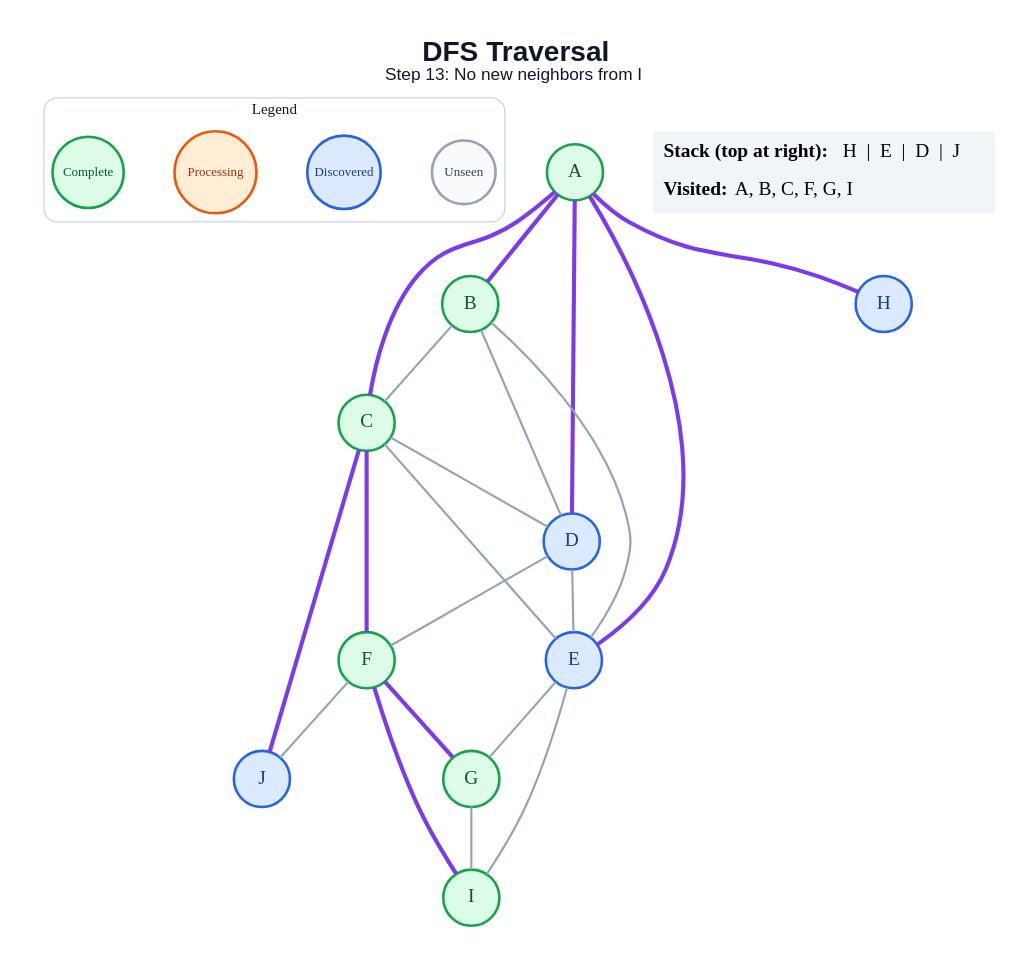
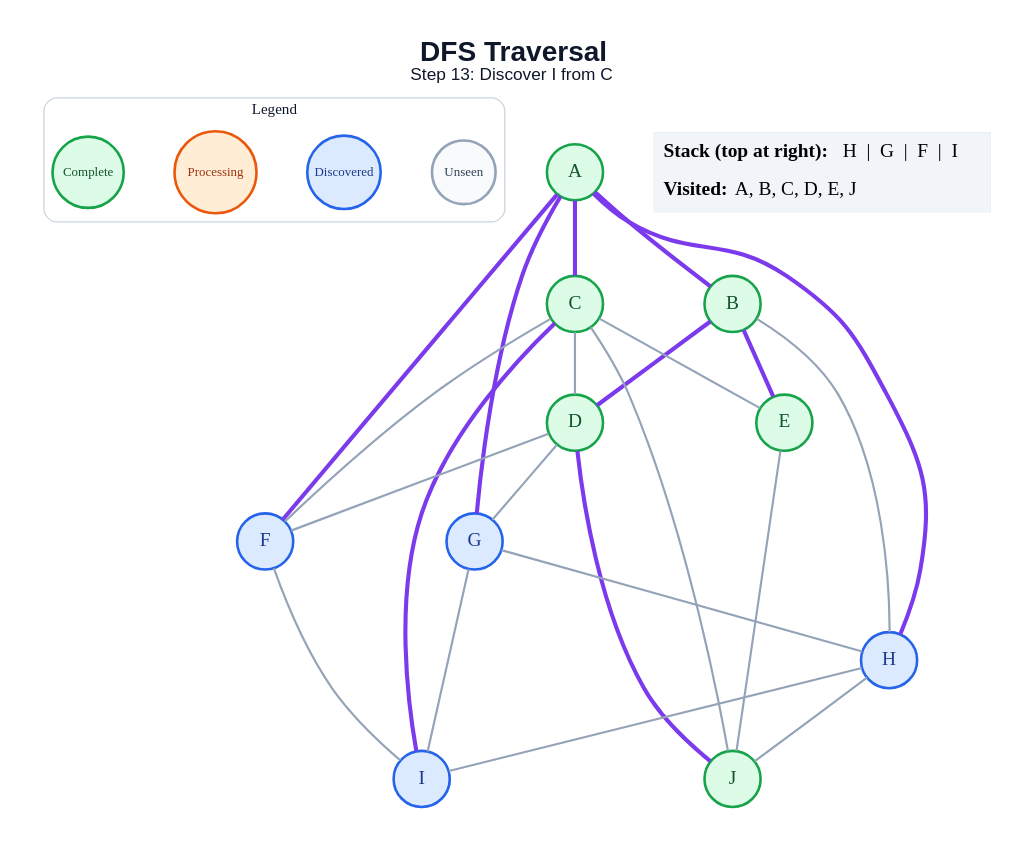
One commit to amanghodawala9/ai-slop changed the diagram in generated/dfs/step_13.dot. Above: the diagram before and after it, drawn with Graphviz. The commit also changed 178 other files, not shown here.

```diff
--- a/generated/dfs/step_13.dot
+++ b/generated/dfs/step_13.dot
@@ -1,49 +1,51 @@
 graph traversal {
   graph [layout=dot, rankdir=TB, bgcolor="#FFFFFF", pad="0.35", nodesep="0.65", ranksep="0.8", fontname="Arial"];
   node [shape=circle, style="filled", fontname="Arial Bold", fontsize=18, width=0.72, fixedsize=true, penwidth=2.4];
   edge [color="#94A3B8", penwidth=2.0];
-  label=<<B>DFS Traversal</B><BR/><FONT POINT-SIZE="16">Step 13: No new neighbors from I</FONT>>; labelloc="t"; fontsize=26; fontname="Arial"; fontcolor="#0F172A";
+  label=<<B>DFS Traversal</B><BR/><FONT POINT-SIZE="16">Step 13: Discover I from C</FONT>>; labelloc="t"; fontsize=26; fontname="Arial"; fontcolor="#0F172A";
   subgraph cluster_legend { label="Legend"; color="#CBD5E1"; penwidth=1.2; style="rounded"; fontsize=14; fontname="Arial Bold";
     key_unseen [label="Unseen", fillcolor="#F8FAFC", color="#94A3B8", fontcolor="#334155", fontsize=12, width=0.82];
     key_frontier [label="Discovered", fillcolor="#DBEAFE", color="#2563EB", fontcolor="#1E3A8A", fontsize=12, width=0.95];
     key_current [label="Processing", fillcolor="#FFEDD5", color="#EA580C", fontcolor="#9A3412", fontsize=12, width=1.05];
     key_done [label="Complete", fillcolor="#DCFCE7", color="#16A34A", fontcolor="#14532D", fontsize=12, width=0.92];
     { rank=same; key_unseen; key_frontier; key_current; key_done; }
   }
   A [fillcolor="#DCFCE7", color="#16A34A", fontcolor="#14532D"];
   B [fillcolor="#DCFCE7", color="#16A34A", fontcolor="#14532D"];
   C [fillcolor="#DCFCE7", color="#16A34A", fontcolor="#14532D"];
-  D [fillcolor="#DBEAFE", color="#2563EB", fontcolor="#1E3A8A"];
-  E [fillcolor="#DBEAFE", color="#2563EB", fontcolor="#1E3A8A"];
-  F [fillcolor="#DCFCE7", color="#16A34A", fontcolor="#14532D"];
-  G [fillcolor="#DCFCE7", color="#16A34A", fontcolor="#14532D"];
+  D [fillcolor="#DCFCE7", color="#16A34A", fontcolor="#14532D"];
+  E [fillcolor="#DCFCE7", color="#16A34A", fontcolor="#14532D"];
+  F [fillcolor="#DBEAFE", color="#2563EB", fontcolor="#1E3A8A"];
+  G [fillcolor="#DBEAFE", color="#2563EB", fontcolor="#1E3A8A"];
   H [fillcolor="#DBEAFE", color="#2563EB", fontcolor="#1E3A8A"];
-  I [fillcolor="#DCFCE7", color="#16A34A", fontcolor="#14532D"];
-  J [fillcolor="#DBEAFE", color="#2563EB", fontcolor="#1E3A8A"];
+  I [fillcolor="#DBEAFE", color="#2563EB", fontcolor="#1E3A8A"];
+  J [fillcolor="#DCFCE7", color="#16A34A", fontcolor="#14532D"];
   A -- B [color="#7C3AED", penwidth=3.8];
   A -- C [color="#7C3AED", penwidth=3.8];
-  A -- D [color="#7C3AED", penwidth=3.8];
-  A -- E [color="#7C3AED", penwidth=3.8];
+  A -- F [color="#7C3AED", penwidth=3.8];
+  A -- G [color="#7C3AED", penwidth=3.8];
   A -- H [color="#7C3AED", penwidth=3.8];
-  B -- C;
-  B -- D;
-  B -- E;
+  B -- D [color="#7C3AED", penwidth=3.8];
+  B -- E [color="#7C3AED", penwidth=3.8];
+  B -- H;
   C -- D;
   C -- E;
-  C -- F [color="#7C3AED", penwidth=3.8];
-  C -- J [color="#7C3AED", penwidth=3.8];
-  D -- E;
+  C -- F;
+  C -- I [color="#7C3AED", penwidth=3.8];
+  C -- J;
   D -- F;
-  E -- G;
-  E -- I;
-  F -- G [color="#7C3AED", penwidth=3.8];
-  F -- I [color="#7C3AED", penwidth=3.8];
-  F -- J;
+  D -- G;
+  D -- J [color="#7C3AED", penwidth=3.8];
+  E -- J;
+  F -- I;
+  G -- H;
   G -- I;
+  H -- I;
+  H -- J;
   status [shape=plain, fixedsize=false, width=0, height=0, margin=0, label=<
     <TABLE BORDER="0" CELLBORDER="0" CELLPADDING="7" BGCOLOR="#F1F5F9">
-      <TR><TD ALIGN="LEFT"><B>Stack (top at right):</B> H  |  E  |  D  |  J</TD></TR>
-      <TR><TD ALIGN="LEFT"><B>Visited:</B> A, B, C, F, G, I</TD></TR>
+      <TR><TD ALIGN="LEFT"><B>Stack (top at right):</B> H  |  G  |  F  |  I</TD></TR>
+      <TR><TD ALIGN="LEFT"><B>Visited:</B> A, B, C, D, E, J</TD></TR>
     </TABLE>
   >];
 }
```
